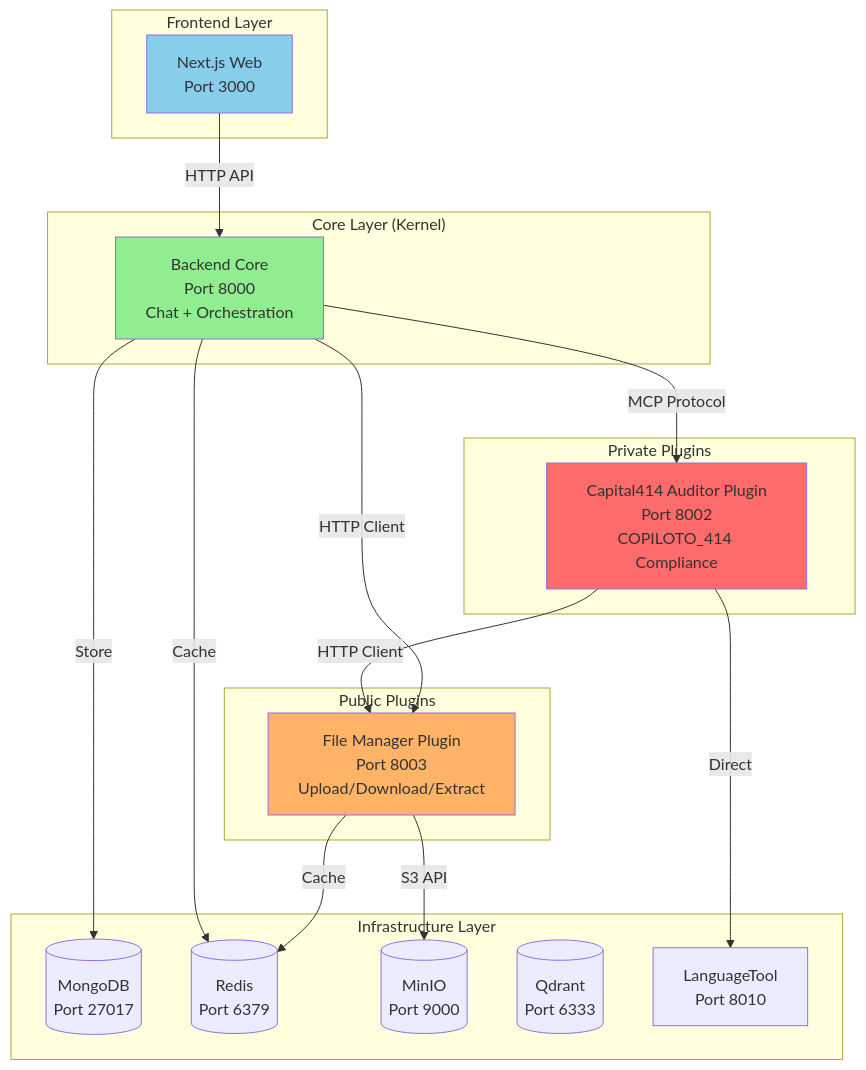
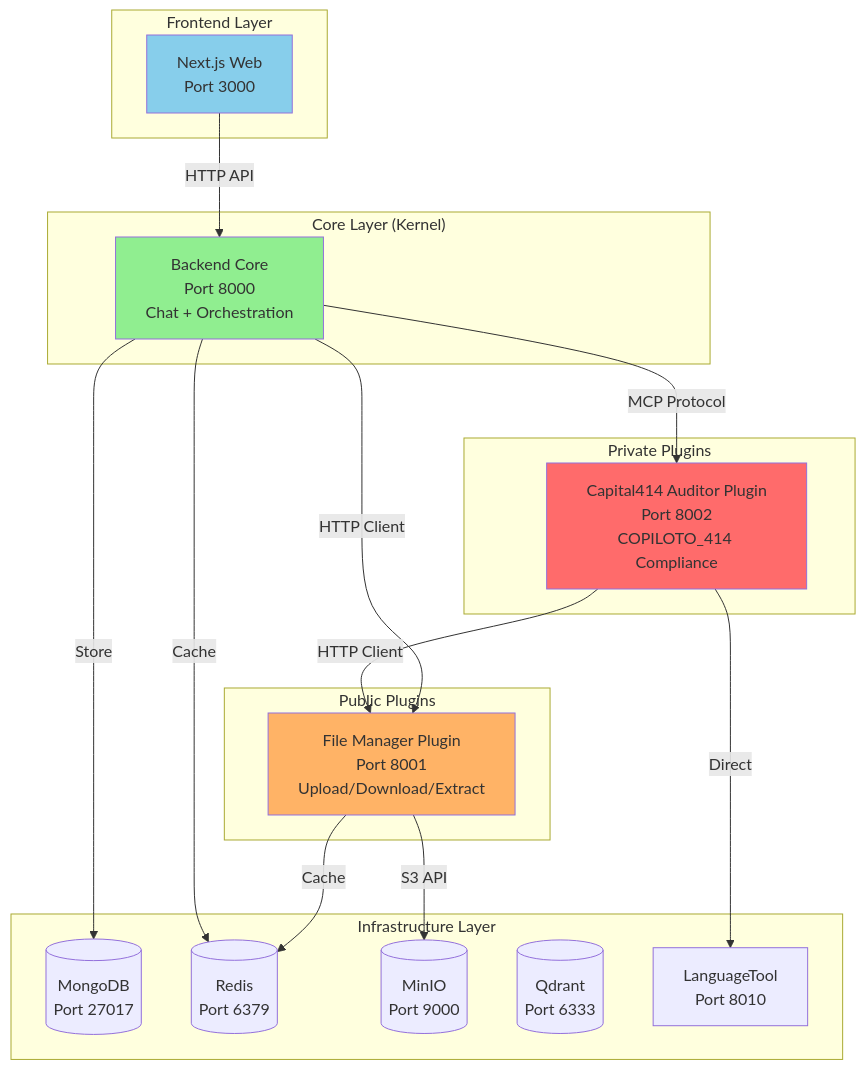
The diagram in ARCHITECTURE_MIGRATION.md (saptiva-ai/octavios-chat), drawn with Mermaid before and after one commit. The commit also changed other lines of this file and 14 other files, not shown here.

First line of the commit message:
refactor: change File Manager port from 8003 to 8001

````diff
--- a/ARCHITECTURE_MIGRATION.md
+++ b/ARCHITECTURE_MIGRATION.md
@@ -158,42 +158,42 @@
 ```mermaid
 graph TB
     subgraph "Frontend Layer"
         WEB[Next.js Web<br/>Port 3000]
     end
 
     subgraph "Core Layer (Kernel)"
         BACKEND[Backend Core<br/>Port 8000<br/>Chat + Orchestration]
     end
 
     subgraph "Public Plugins"
-        FM[File Manager Plugin<br/>Port 8003<br/>Upload/Download/Extract]
+        FM[File Manager Plugin<br/>Port 8001<br/>Upload/Download/Extract]
     end
 
     subgraph "Private Plugins"
         C414[Capital414 Auditor Plugin<br/>Port 8002<br/>COPILOTO_414 Compliance]
     end
 
     subgraph "Infrastructure Layer"
         MONGO[(MongoDB<br/>Port 27017)]
         REDIS[(Redis<br/>Port 6379)]
         MINIO[(MinIO<br/>Port 9000)]
         QDRANT[(Qdrant<br/>Port 6333)]
         LT[LanguageTool<br/>Port 8010]
     end
 
     WEB -->|HTTP API| BACKEND
     BACKEND -->|HTTP Client| FM
     BACKEND -->|MCP Protocol| C414
     C414 -->|HTTP Client| FM
     C414 -->|Direct| LT
 
     FM -->|S3 API| MINIO
     FM -->|Cache| REDIS
     BACKEND -->|Store| MONGO
     BACKEND -->|Cache| REDIS
 
     style BACKEND fill:#90EE90
     style FM fill:#FFB366
     style C414 fill:#FF6B6B
     style WEB fill:#87CEEB
 ```
````
